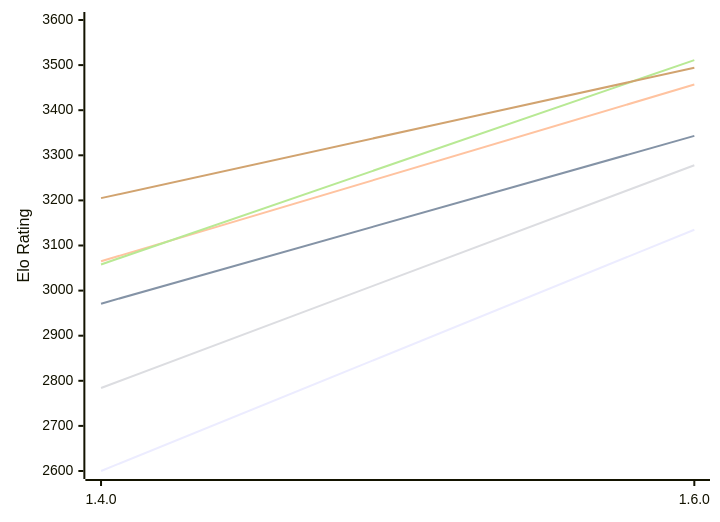
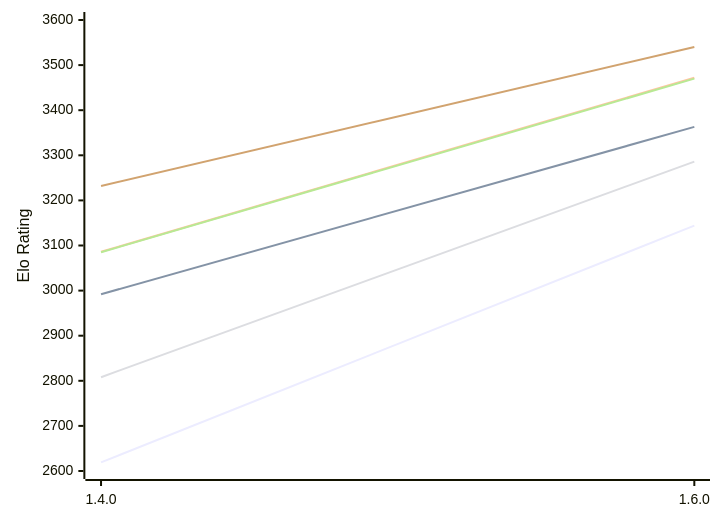
The first of 2 diagrams in engines/Gyatso.md (computer-chess-index/cci), drawn with Mermaid before and after one commit. The commit also changed other lines of this file, not shown here.

Commit message:
Update CCI Ratings (ELO VLTC) - 2026-10-20

````diff
--- a/engines/Gyatso.md
+++ b/engines/Gyatso.md
@@ -53,12 +53,12 @@
 ```mermaid
 %%{init: {"theme":"base","themeVariables":{"seriesColors:['#a3a3a3','#222221','#faa371']}}}%%
 xychart-beta
   x-axis ["1.4.0", "1.6.0"]
   y-axis "Elo Rating" 2600 --> 3600
-  line "E1: STC (8.0+0.08s)" [2600, 3135]
-  line "E1: LTC (60.0+0.60s)" [2971, 3343]
-  line "E1: VLTC (2m24s+1.12s)" [3065, 3457]
-  line "P1: STC (8.0+0.08s)" [2784, 3278]
-  line "P1: LTC (60.0+0.60s)" [3058, 3511]
-  line "P1: VLTC (2m24s+1.12s)" [3205, 3494]
+  line "E1: STC (8.0+0.08s)" [2619, 3144]
+  line "E1: LTC (60.0+0.60s)" [2992, 3363]
+  line "E1: VLTC (2m24s+1.12s)" [3086, 3472]
+  line "P1: STC (8.0+0.08s)" [2808, 3286]
+  line "P1: LTC (60.0+0.60s)" [3085, 3470]
+  line "P1: VLTC (2m24s+1.12s)" [3232, 3540]
 ```
````
